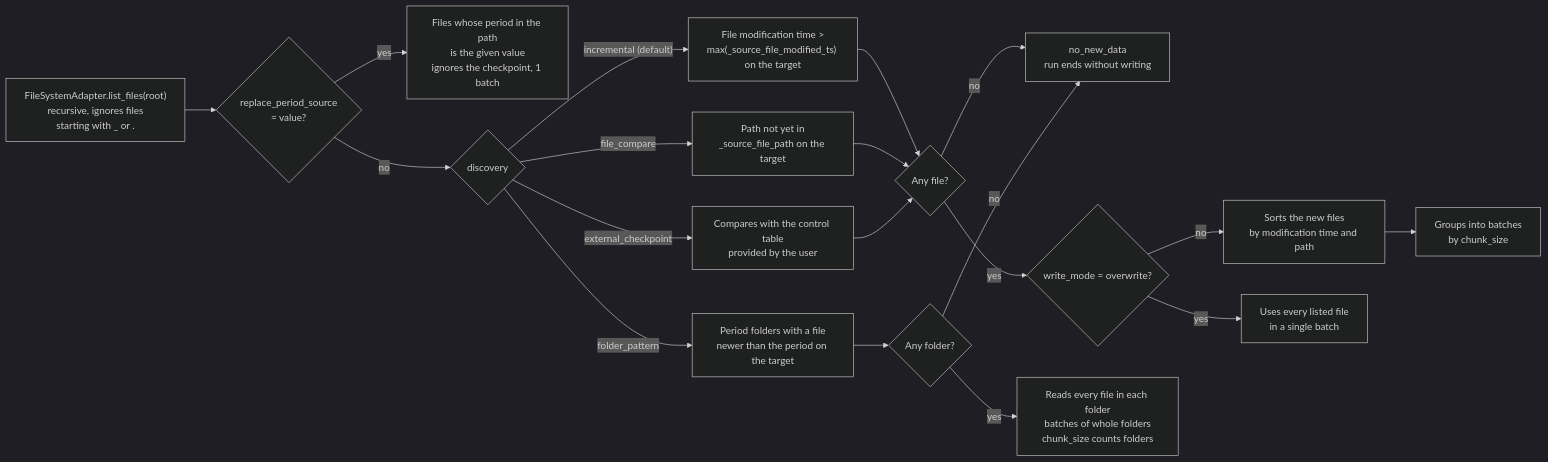
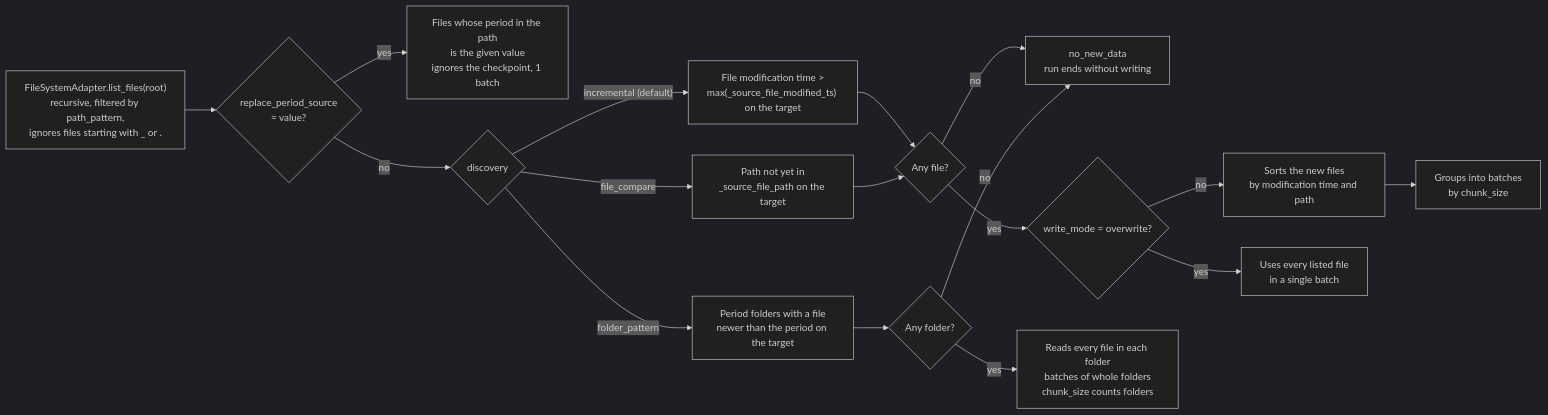
The fifth of 9 diagrams in docs/architecture.md (ltofanelli/data-processing-framework), drawn with Mermaid (dark theme) before and after one commit. The commit also changed other lines of this file and 2 other files, not shown here.

````diff
--- a/docs/architecture.md
+++ b/docs/architecture.md
@@ -371,22 +388,21 @@
 ```mermaid
 flowchart LR
-    FS["FileSystemAdapter.list_files(root)<br/>recursive, ignores files<br/>starting with _ or ."] --> PV{"replace_period_source<br/>= value?"}
+    FS["FileSystemAdapter.list_files(root)<br/>recursive, filtered by path_pattern,<br/>ignores files starting with _ or ."] --> PV{"replace_period_source<br/>= value?"}
     PV -->|yes| FV["Files whose period in the path<br/>is the given value<br/>ignores the checkpoint, 1 batch"]
     PV -->|no| S{"discovery"}
 
     S -->|"incremental (default)"| M["File modification time ><br/>max(_source_file_modified_ts) on the target"]
     S -->|file_compare| FC["Path not yet in<br/>_source_file_path on the target"]
-    S -->|external_checkpoint| E["Compares with the control table<br/>provided by the user"]
     S -->|folder_pattern| F["Period folders with a file<br/>newer than the period on the target"]
 
-    M & FC & E --> NEW{"Any file?"}
+    M & FC --> NEW{"Any file?"}
     NEW -->|no| NONEW["no_new_data<br/>run ends without writing"]
     NEW -->|yes| OWF{"write_mode = overwrite?"}
     OWF -->|no| ORD["Sorts the new files<br/>by modification time and path"]
     OWF -->|yes| ALL["Uses every listed file<br/>in a single batch"]
     ORD --> CH["Groups into batches<br/>by chunk_size"]
 
     F --> NEWP{"Any folder?"}
     NEWP -->|no| NONEW
     NEWP -->|yes| FB["Reads every file in each folder<br/>batches of whole folders<br/>chunk_size counts folders"]
 ```
````
